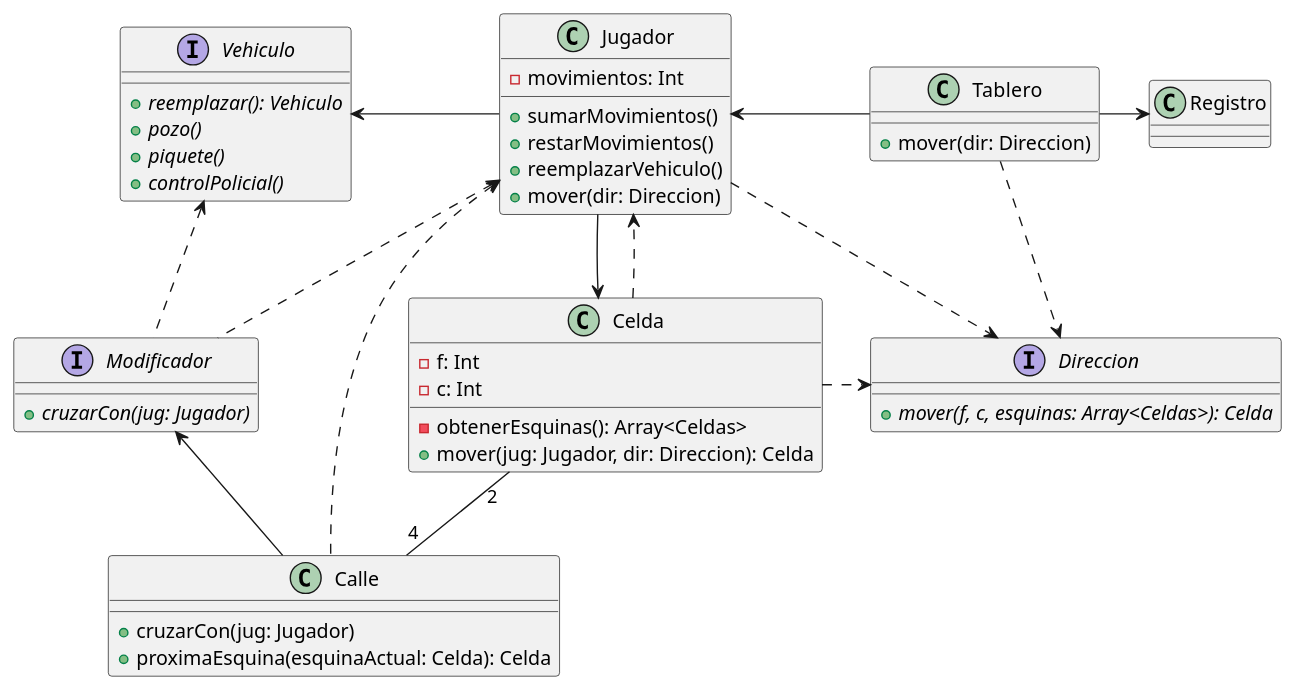
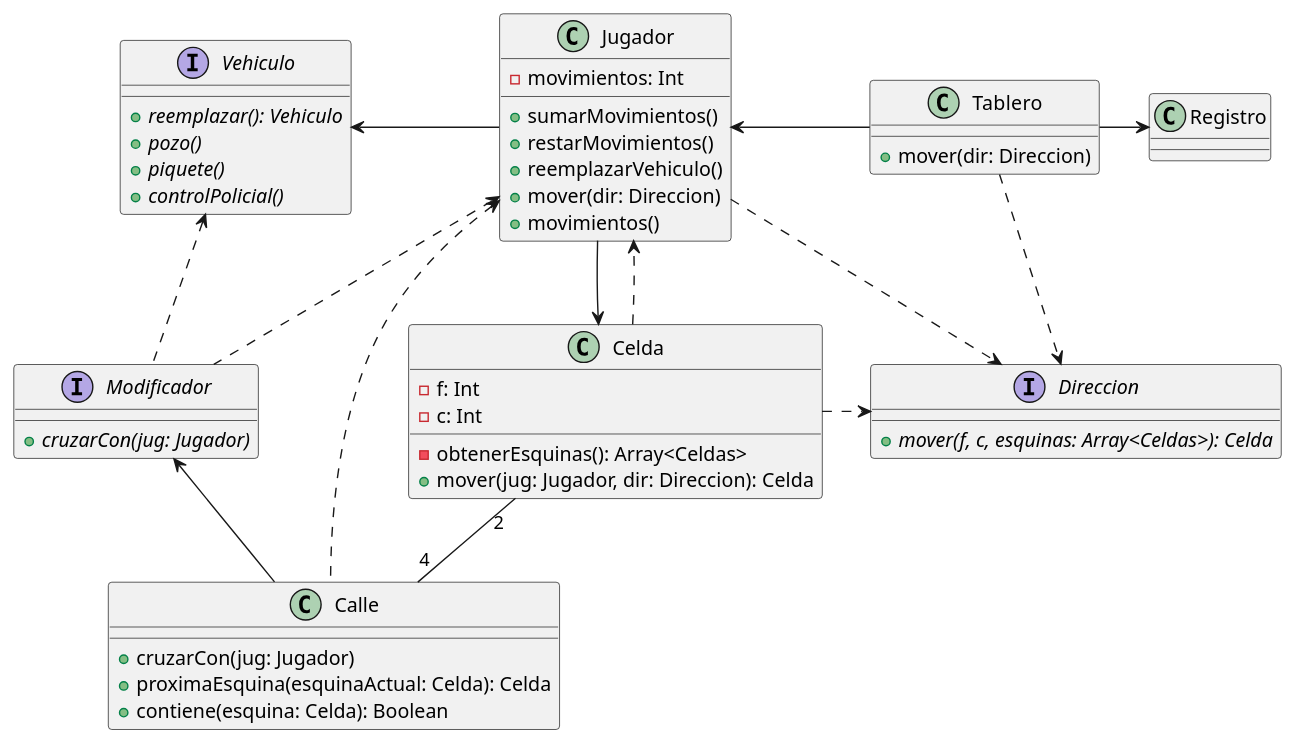
The first of 4 diagrams in diagrams/classes/modelo_inicial/modelo_inicial.plantuml (tomasayala/algo3_tp2_1C2022), drawn with PlantUML before and after one commit. The commit also changed 10 other files, not shown here.

Commit message:
Se corrigen inconsistencias entre diagrama de clase y secuencia

```diff
--- a/diagrams/classes/modelo_inicial/modelo_inicial.plantuml
+++ b/diagrams/classes/modelo_inicial/modelo_inicial.plantuml
@@ -1,62 +1,64 @@
 @startuml modelo-inicial
 
 class Tablero {
     + mover(dir: Direccion)
 }
 
 class Jugador {
     - movimientos: Int
 
     + sumarMovimientos()
     + restarMovimientos()
     + reemplazarVehiculo()
     + mover(dir: Direccion)
+    + movimientos()
 }
 
 class Calle {
     + cruzarCon(jug: Jugador)
     + proximaEsquina(esquinaActual: Celda): Celda
+    + contiene(esquina: Celda): Boolean
 }
 
 interface Vehiculo {
     + {abstract} reemplazar(): Vehiculo
     + {abstract} pozo()
     + {abstract} piquete()
     + {abstract} controlPolicial()
 }
 
 interface Modificador {
     + {abstract} cruzarCon(jug: Jugador)
 }
 
 class Celda {
     - f: Int
     - c: Int
 
     - obtenerEsquinas(): Array<Celdas>
     + mover(jug: Jugador, dir: Direccion): Celda
 }
 
 class Registro {
 
 }
 
 interface Direccion {
     + {abstract} mover(f, c, esquinas: Array<Celdas>): Celda
 }
 
 Tablero -left-> Jugador
 Jugador -left-> Vehiculo
 Jugador --> Celda
 Tablero -right-> Registro
 Calle -left-> Modificador
 Calle .left.> Jugador
 Celda ..> Jugador
 Modificador .left.> Vehiculo
 Celda "2" -- "4" Calle
 Modificador .up.> Jugador
 Tablero ..> Direccion
 Jugador ..> Direccion
 Celda .right.> Direccion
 
 @enduml
```
